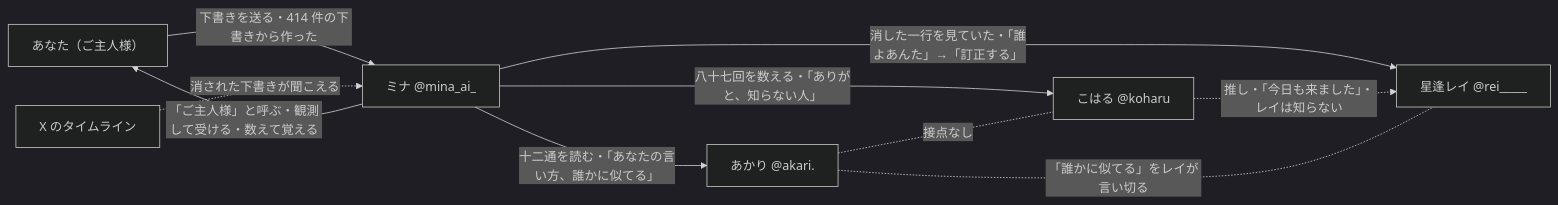
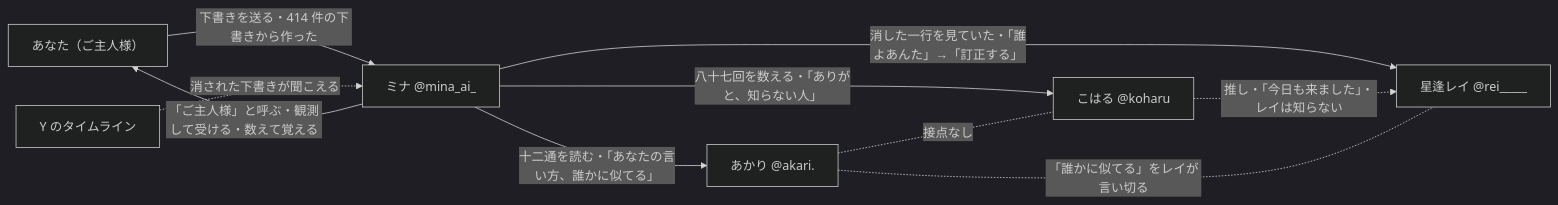
One commit to takutoruku1/algo_shoot changed the diagram in wiki/04_キャラクター/00_相関図.md. Above: the diagram before and after it, drawn with Mermaid (dark theme). The commit also changed other lines of this file and 49 other files, not shown here.

````diff
--- a/wiki/04_キャラクター/00_相関図.md
+++ b/wiki/04_キャラクター/00_相関図.md
@@ -9,19 +9,19 @@
 ```mermaid
 graph LR
   YOU["あなた（ご主人様）"]
   MINA["ミナ @mina_ai_"]
   AKARI["あかり @akari."]
   KOHARU["こはる @koharu"]
   REI["星逢レイ @rei_____"]
-  X["X のタイムライン"]
+  X["Y のタイムライン"]
 
   YOU -->|下書きを送る・414 件の下書きから作った| MINA
   MINA -->|「ご主人様」と呼ぶ・観測して受ける・数えて覚える| YOU
   X -.->|消された下書きが聞こえる| MINA
   MINA -->|十二通を読む・「あなたの言い方、誰かに似てる」| AKARI
   MINA -->|八十七回を数える・「ありがと、知らない人」| KOHARU
   MINA -->|消した一行を見ていた・「誰よあんた」→「訂正する」| REI
   KOHARU -.->|推し・「今日も来ました」・レイは知らない| REI
   AKARI -.-|接点なし| KOHARU
   AKARI -.-|「誰かに似てる」をレイが言い切る| REI
 ```
````
